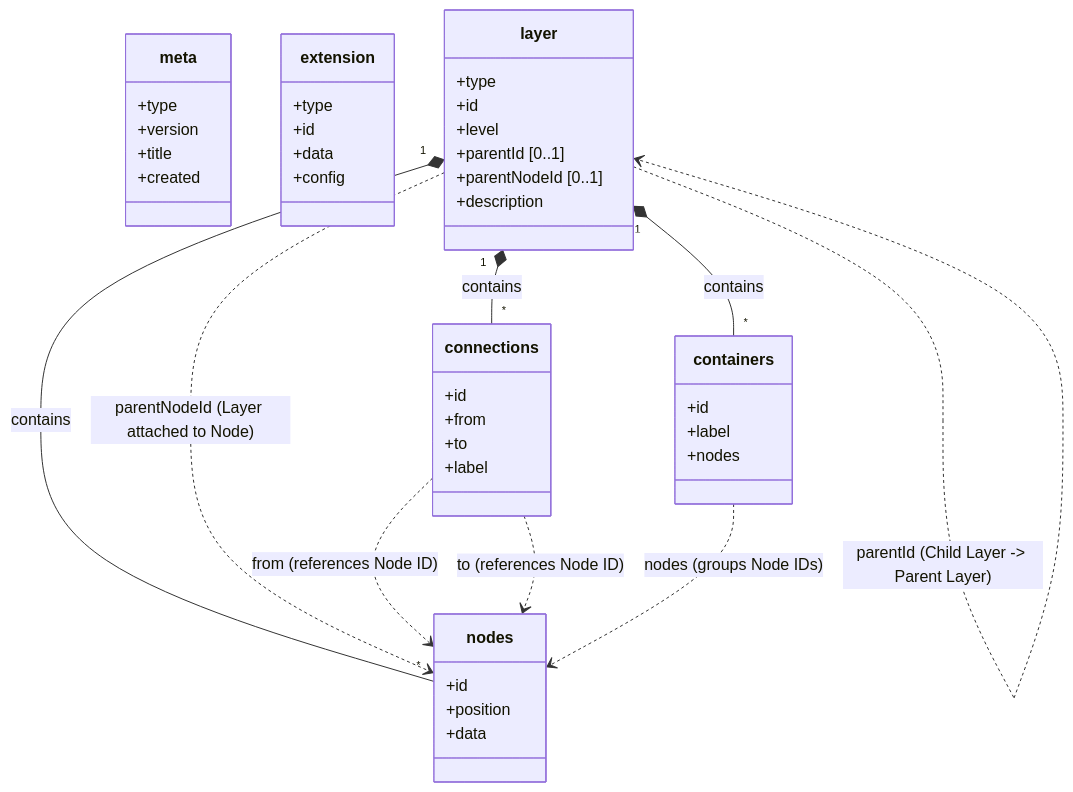
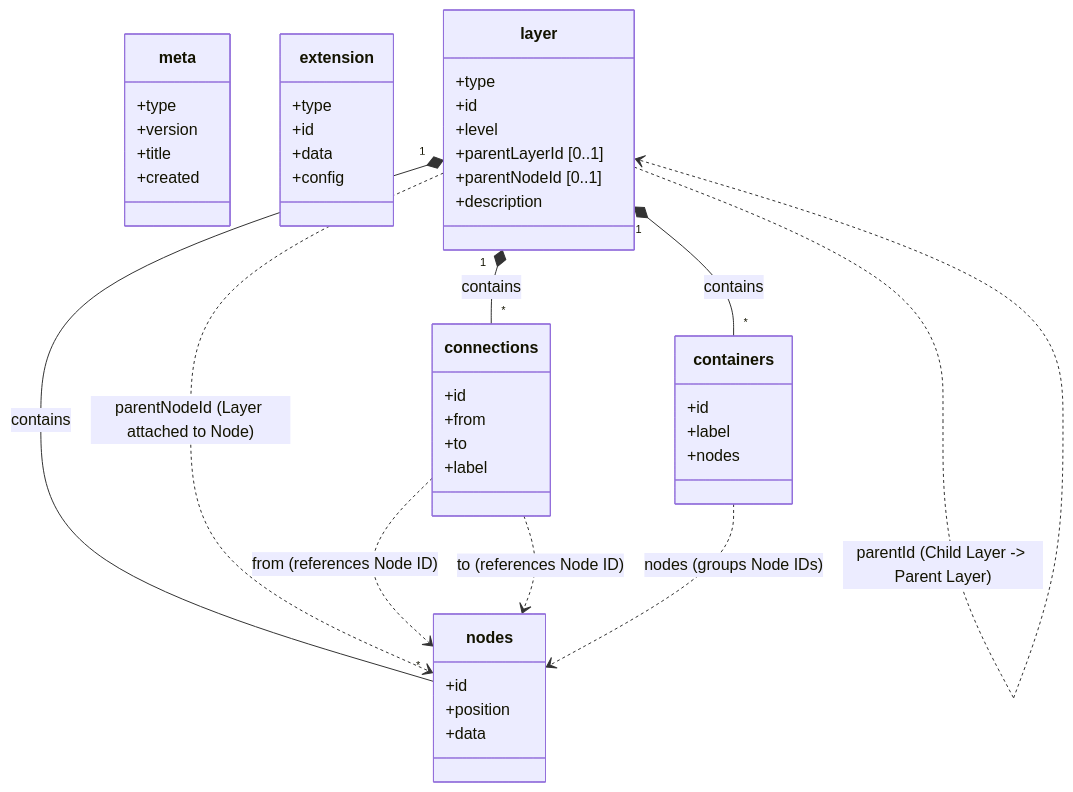
Before and after one commit to visualli-ai/spec: the diagram in docs/core.md, drawn with Mermaid. The commit also changed 6 other files, not shown here.

Commit message:
feat(schema): add node label field and rename layer parentId

````diff
--- a/docs/core.md
+++ b/docs/core.md
@@ -45,66 +45,66 @@
 ```mermaid
 classDiagram
     %% Meta Information (Line 1)
     class meta {
         +type
         +version
         +title
         +created
     }
 
     %% Extension Entity (Lines 2..M - Optional)
     class extension {
         +type
         +id
         +data
         +config
     }
 
     %% Layer Entity (Lines M+1..N)
     class layer {
         +type
         +id
         +level
-        +parentId [0..1]
+        +parentLayerId [0..1]
         +parentNodeId [0..1]
         +description
     }
 
     %% Node Entity (Embedded in Layer)
     class nodes {
         +id
         +position
         +data
     }
 
     %% Connection Entity (Embedded in Layer)
     class connections {
         +id
         +from
         +to
         +label
     }
 
     %% Container Entity (Embedded in Layer)
     class containers {
         +id
         +label
         +nodes
     }
 
     %% Relationships
     layer "1" *-- "*" nodes : contains
     layer "1" *-- "*" connections : contains
     layer "1" *-- "*" containers : contains
     
     %% Hierarchical Links
     layer ..> layer : parentId (Child Layer -> Parent Layer)
     layer ..> nodes : parentNodeId (Layer attached to Node)
     
     %% Connection Links
     connections ..> nodes : from (references Node ID)
     connections ..> nodes : to (references Node ID)
 
     %% Container Links
     containers ..> nodes : nodes (groups Node IDs)
 ```
````
